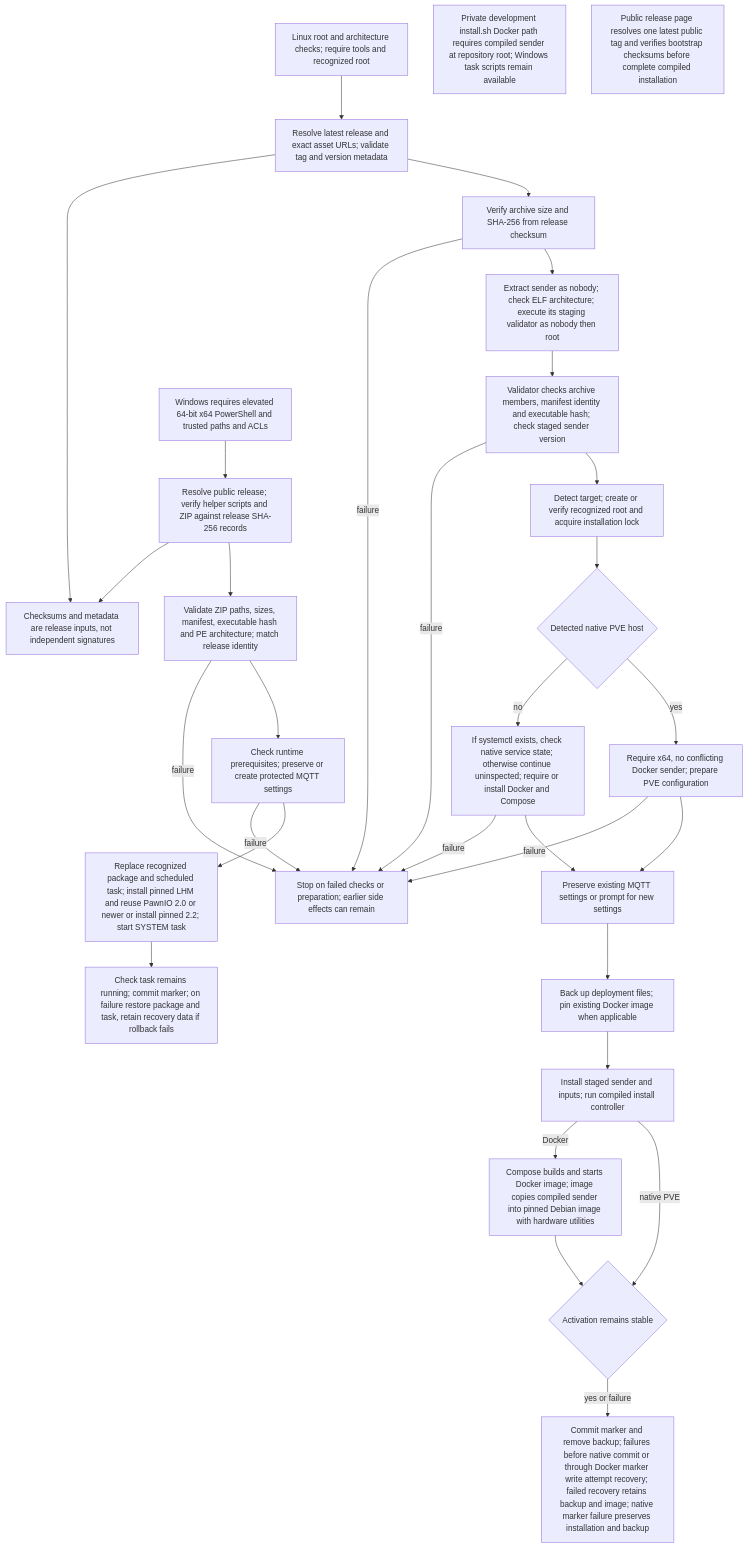
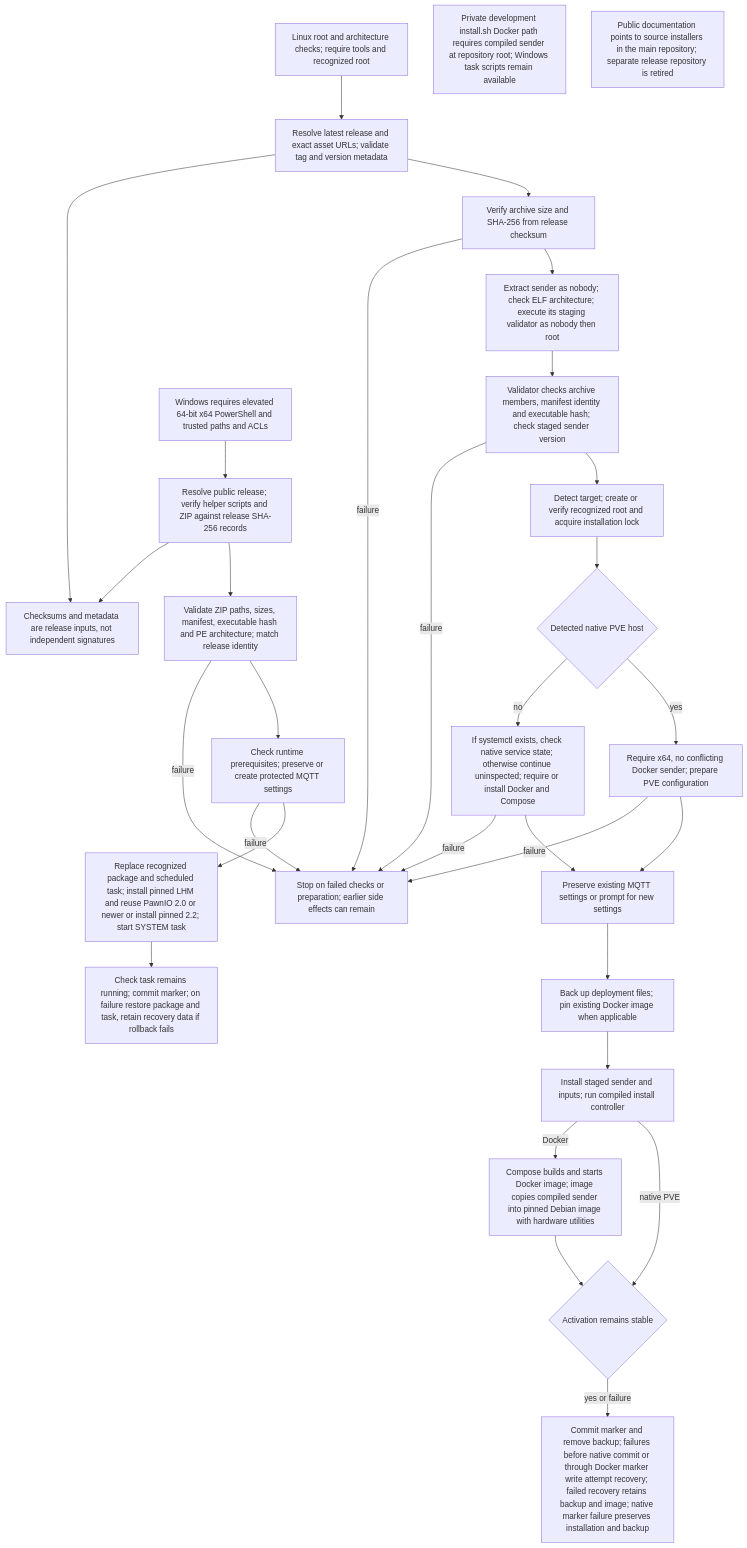
One commit to KarlSideProjects/hwmonitor-mqtt changed the diagram in docs/flows/sender.distribution.mmd. Above: the diagram before and after it, drawn with Mermaid. The commit also changed 17 other files, not shown here.

Commit message:
Complete source installer recovery and flow review

```diff
--- a/docs/flows/sender.distribution.mmd
+++ b/docs/flows/sender.distribution.mmd
@@ -1,55 +1,55 @@
 flowchart TD
     A["Linux root and architecture checks; require tools and recognized root"]
     B["Resolve latest release and exact asset URLs; validate tag and version metadata"]
     C["Verify archive size and SHA-256 from release checksum"]
     D["Extract sender as nobody; check ELF architecture; execute its staging validator as nobody then root"]
     E["Validator checks archive members, manifest identity and executable hash; check staged sender version"]
     F{"Detected native PVE host"}
     G["Require x64, no conflicting Docker sender; prepare PVE configuration"]
     H["If systemctl exists, check native service state; otherwise continue uninspected; require or install Docker and Compose"]
     I["Preserve existing MQTT settings or prompt for new settings"]
     J["Back up deployment files; pin existing Docker image when applicable"]
     K["Install staged sender and inputs; run compiled install controller"]
     L{"Activation remains stable"}
     M["Commit marker and remove backup; failures before native commit or through Docker marker write attempt recovery; failed recovery retains backup and image; native marker failure preserves installation and backup"]
     N["Windows requires elevated 64-bit x64 PowerShell and trusted paths and ACLs"]
     O["Resolve public release; verify helper scripts and ZIP against release SHA-256 records"]
     P["Validate ZIP paths, sizes, manifest, executable hash and PE architecture; match release identity"]
     Q["Check runtime prerequisites; preserve or create protected MQTT settings"]
     R["Replace recognized package and scheduled task; install pinned LHM and reuse PawnIO 2.0 or newer or install pinned 2.2; start SYSTEM task"]
     S["Check task remains running; commit marker; on failure restore package and task, retain recovery data if rollback fails"]
     T["Compose builds and starts Docker image; image copies compiled sender into pinned Debian image with hardware utilities"]
     U["Private development install.sh Docker path requires compiled sender at repository root; Windows task scripts remain available"]
-    V["Public release page resolves one latest public tag and verifies bootstrap checksums before complete compiled installation"]
+    V["Public documentation points to source installers in the main repository; separate release repository is retired"]
     W["Checksums and metadata are release inputs, not independent signatures"]
     X["Stop on failed checks or preparation; earlier side effects can remain"]
     Y["Detect target; create or verify recognized root and acquire installation lock"]
     A --> B
     B --> C
     C --> D
     D --> E
     E --> Y
     Y --> F
     F -->|yes| G
     G --> I
     F -->|no| H
     H --> I
     I --> J
     J --> K
     K -->|native PVE| L
     K -->|Docker| T
     T --> L
     L -->|yes or failure| M
     N --> O
     O --> P
     P --> Q
     Q --> R
     R --> S
     B --> W
     O --> W
     C -->|failure| X
     E -->|failure| X
     G -->|failure| X
     H -->|failure| X
     P -->|failure| X
     Q -->|failure| X
```
